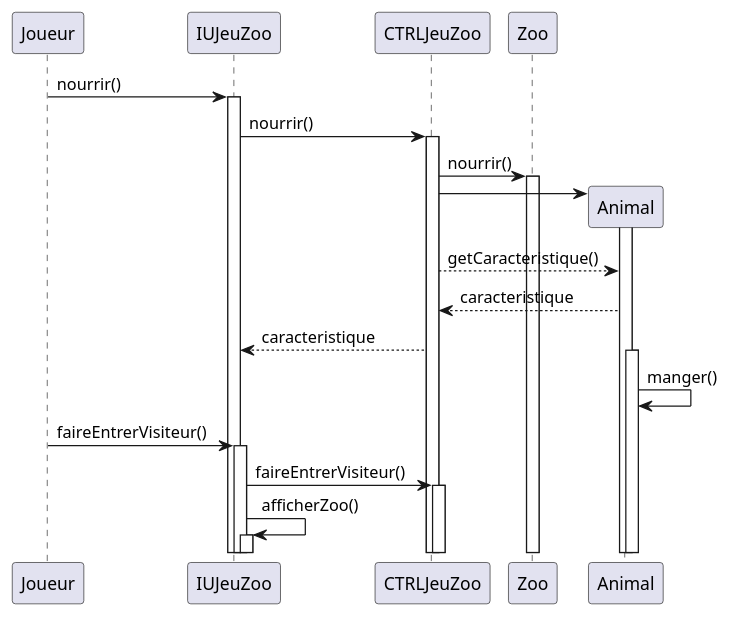
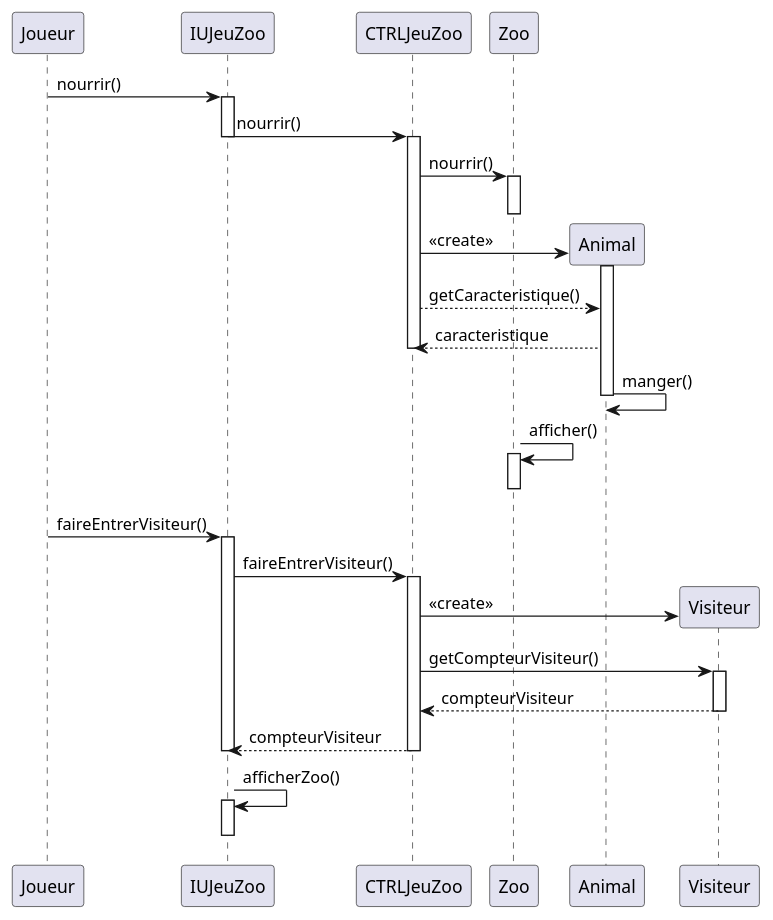
Before and after one commit to Idricealy/JeuZoo: the diagram in src/doc/DigrameSequence.md, drawn with PlantUML.

Commit message:
Scénario Nourrir et Entrer visiteur fait dans diagramme de sequence

```diff
--- a/src/doc/DigrameSequence.md
+++ b/src/doc/DigrameSequence.md
@@ -1,33 +1,52 @@
 @startuml
 
 Joueur -> IUJeuZoo : nourrir()
 activate IUJeuZoo
 
+
 IUJeuZoo -> CTRLJeuZoo : nourrir()
+deactivate IUJeuZoo
 activate CTRLJeuZoo
 CTRLJeuZoo -> Zoo : nourrir()
+
 activate Zoo
+deactivate Zoo
+
+
 create Animal
-CTRLJeuZoo -> Animal
+CTRLJeuZoo -> Animal : << create >>
 activate Animal
 CTRLJeuZoo --> Animal : getCaracteristique()
 Animal --> CTRLJeuZoo : caracteristique
-CTRLJeuZoo --> IUJeuZoo : caracteristique
+
+deactivate CTRLJeuZoo
 
 
-activate Animal
 Animal -> Animal : manger()
-
-
+deactivate Animal
+Zoo -> Zoo : afficher()
+activate Zoo
+deactivate Zoo
 Joueur -> IUJeuZoo : faireEntrerVisiteur()
 activate IUJeuZoo
 
 IUJeuZoo -> CTRLJeuZoo : faireEntrerVisiteur()
 activate CTRLJeuZoo 
 
+create Visiteur
+CTRLJeuZoo -> Visiteur : << create >>
+CTRLJeuZoo -> Visiteur : getCompteurVisiteur()
+activate Visiteur
+Visiteur --> CTRLJeuZoo : compteurVisiteur
+deactivate Visiteur
+CTRLJeuZoo --> IUJeuZoo : compteurVisiteur
+deactivate CTRLJeuZoo
+deactivate IUJeuZoo
+
 
 IUJeuZoo -> IUJeuZoo : afficherZoo()
 activate IUJeuZoo
+deactivate IUJeuZoo
 
 
 @enduml
```
